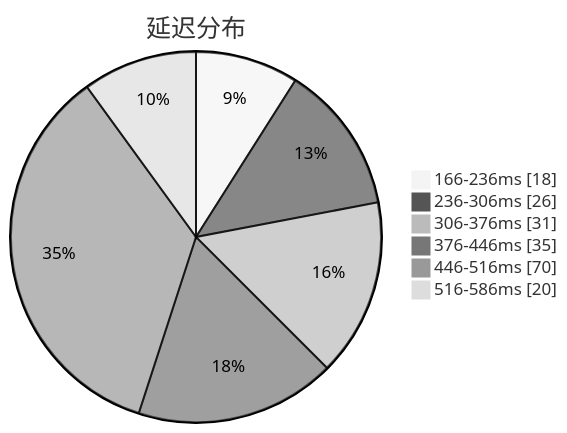
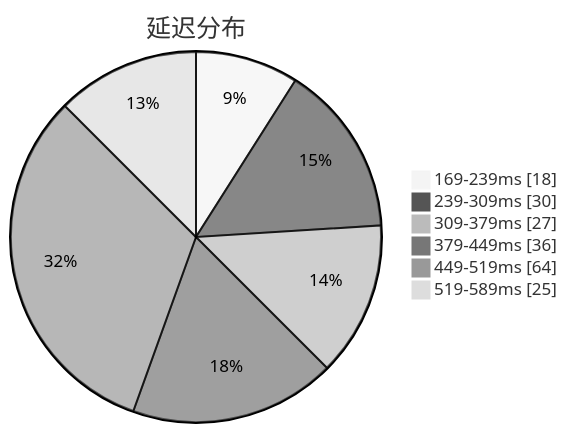
One commit to qjlxg/airport changed the first of 3 diagrams in subs/statistics/tested_within.md. Above: the diagram before and after it, drawn with Mermaid (neutral theme). The commit also changed other lines of this file and 2 other files, not shown here.

````diff
--- a/subs/statistics/tested_within.md
+++ b/subs/statistics/tested_within.md
@@ -2,10 +2,10 @@
 ```mermaid
 pie showData
 title 延迟分布
-"166-236ms" : 18
-"236-306ms" : 26
-"306-376ms" : 31
-"376-446ms" : 35
-"446-516ms" : 70
-"516-586ms" : 20
+"169-239ms" : 18
+"239-309ms" : 30
+"309-379ms" : 27
+"379-449ms" : 36
+"449-519ms" : 64
+"519-589ms" : 25
 ```
````
